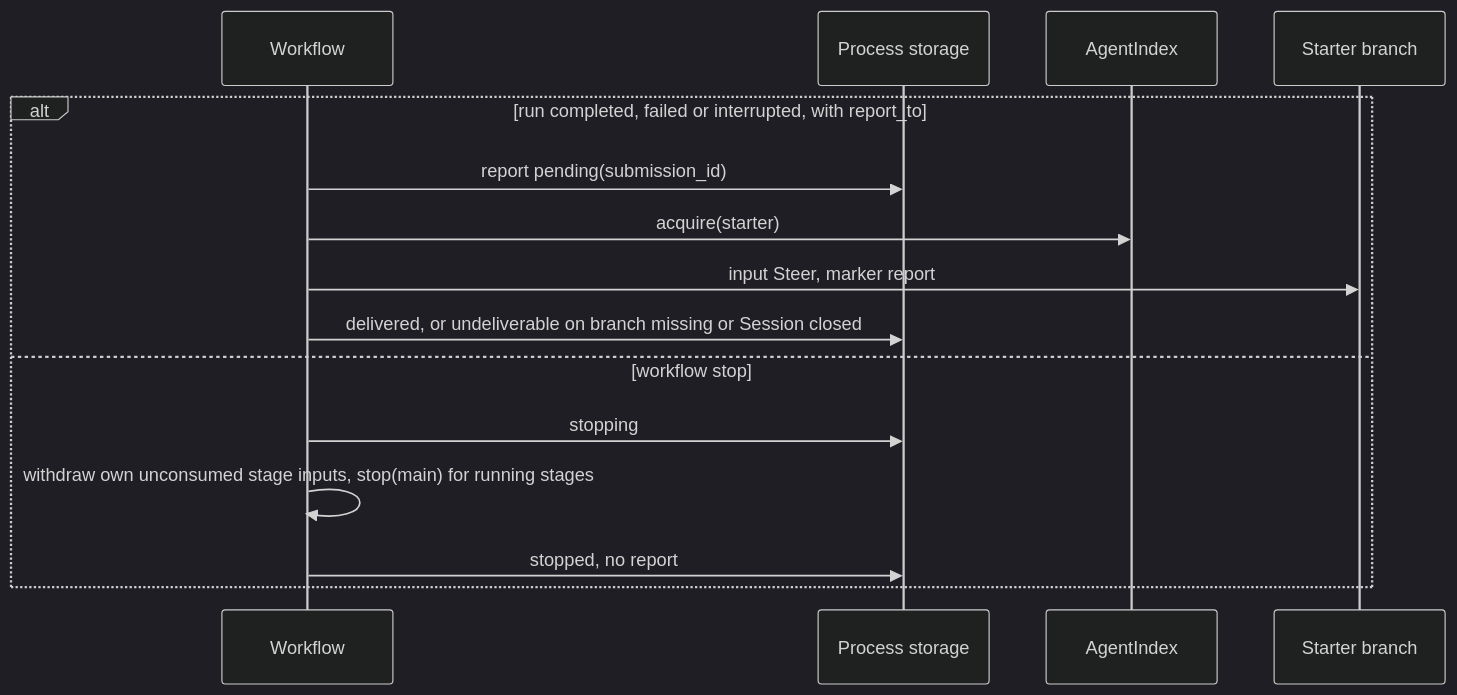
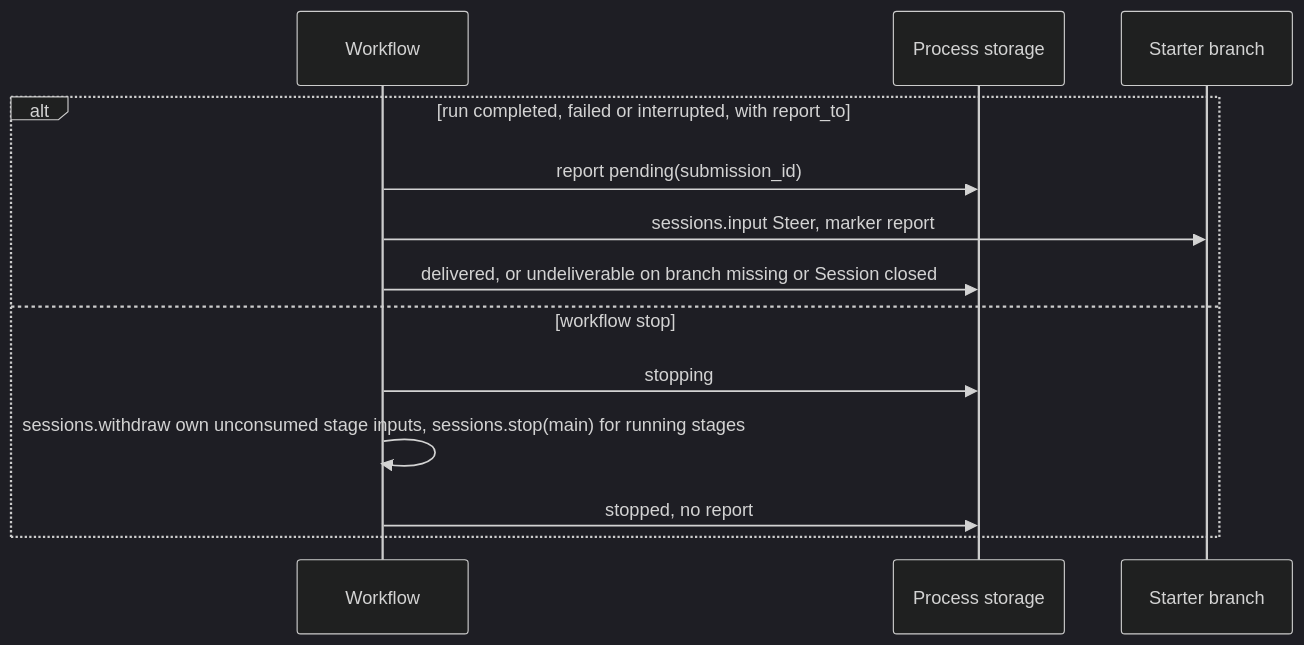
Before and after one commit to CoutinhoTTS/dim-agent: the fourth of 6 diagrams in docs/design/plugins/Workflow.md, drawn with Mermaid (dark theme). The commit also changed other lines of this file and 3 other files, not shown here.

````diff
--- a/docs/design/plugins/Workflow.md
+++ b/docs/design/plugins/Workflow.md
@@ -121,17 +121,15 @@
 ```mermaid
 sequenceDiagram
   participant WF as Workflow
   participant ST as Process storage
-  participant AI as AgentIndex
   participant STB as Starter branch
   alt run completed, failed or interrupted, with report_to
     WF->>ST: report pending(submission_id)
-    WF->>AI: acquire(starter)
-    WF->>STB: input Steer, marker report
+    WF->>STB: sessions.input Steer, marker report
     WF->>ST: delivered, or undeliverable on branch missing or Session closed
   else workflow stop
     WF->>ST: stopping
-    WF->>WF: withdraw own unconsumed stage inputs, stop(main) for running stages
+    WF->>WF: sessions.withdraw own unconsumed stage inputs, sessions.stop(main) for running stages
     WF->>ST: stopped, no report
   end
 ```
````
